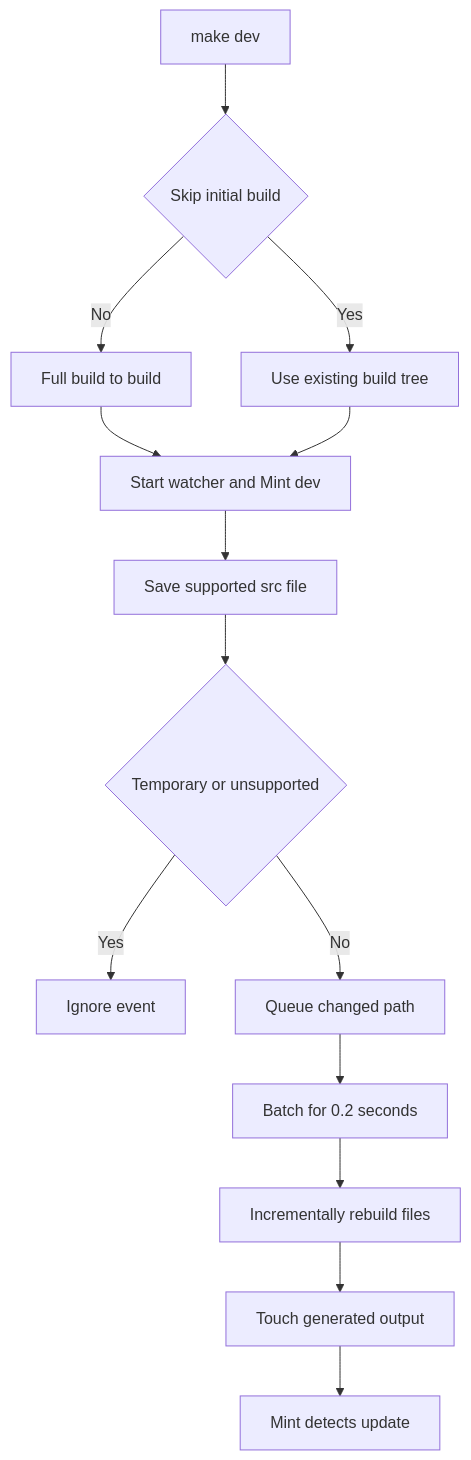
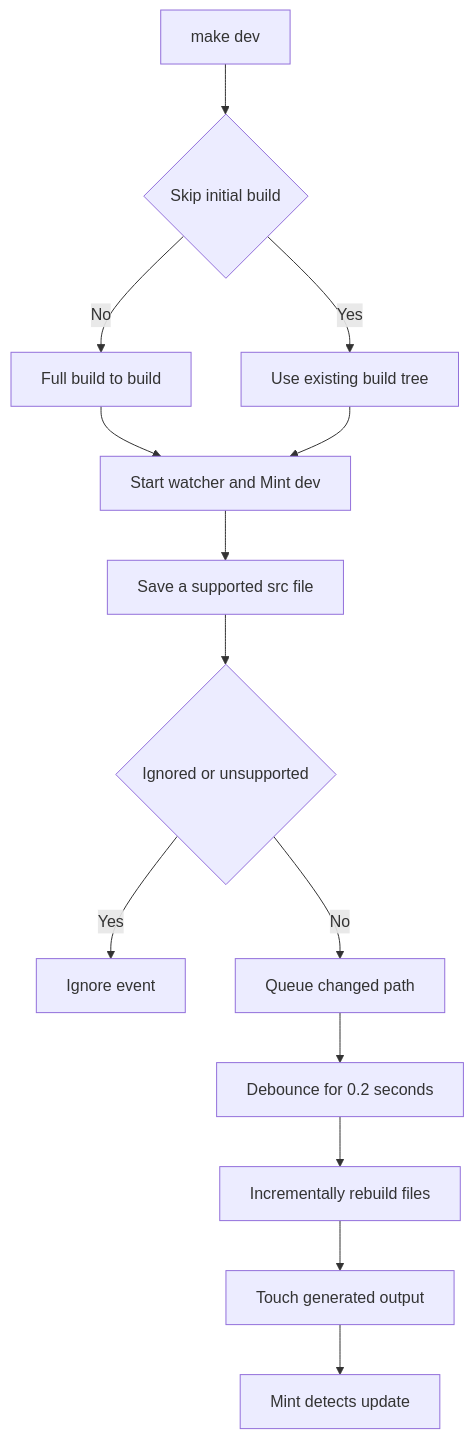
Before and after one commit to langchain-ai/docs: the diagram in openwiki/workflows/local-development.md, drawn with Mermaid. The commit also changed other lines of this file and 20 other files, not shown here.

````diff
--- a/openwiki/workflows/local-development.md
+++ b/openwiki/workflows/local-development.md
@@ -73,16 +71,16 @@
 ```mermaid
 flowchart TD
-    Start["make dev"] --> Initial{"Skip initial build"}
-    Initial -->|"No"| Full["Full build to build"]
-    Initial -->|"Yes"| Existing["Use existing build tree"]
-    Full --> Services["Start watcher and Mint dev"]
-    Existing --> Services
-    Services --> Edit["Save supported src file"]
-    Edit --> Filter{"Temporary or unsupported"}
-    Filter -->|"Yes"| Ignore["Ignore event"]
-    Filter -->|"No"| Queue["Queue changed path"]
-    Queue --> Delay["Batch for 0.2 seconds"]
-    Delay --> Rebuild["Incrementally rebuild files"]
-    Rebuild --> Touch["Touch generated output"]
-    Touch --> Preview["Mint detects update"]
+  Start["make dev"] --> Decide{"Skip initial build"}
+  Decide -->|"No"| Full["Full build to build"]
+  Decide -->|"Yes"| Existing["Use existing build tree"]
+  Full --> Services["Start watcher and Mint dev"]
+  Existing --> Services
+  Services --> Edit["Save a supported src file"]
+  Edit --> Filter{"Ignored or unsupported"}
+  Filter -->|"Yes"| Ignore["Ignore event"]
+  Filter -->|"No"| Queue["Queue changed path"]
+  Queue --> Delay["Debounce for 0.2 seconds"]
+  Delay --> Rebuild["Incrementally rebuild files"]
+  Rebuild --> Touch["Touch generated output"]
+  Touch --> Preview["Mint detects update"]
 ```
````
